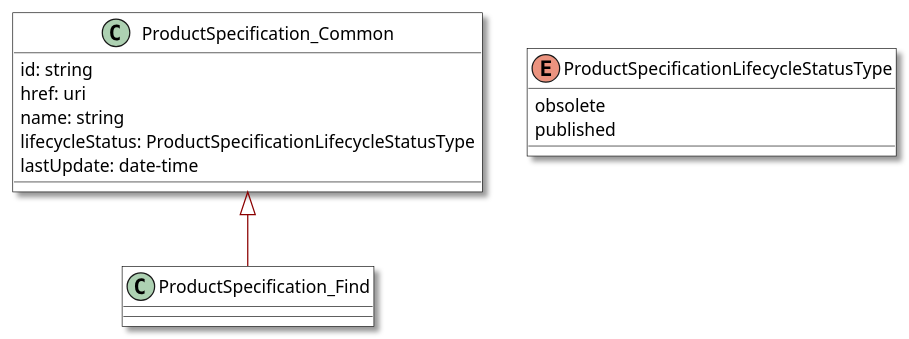
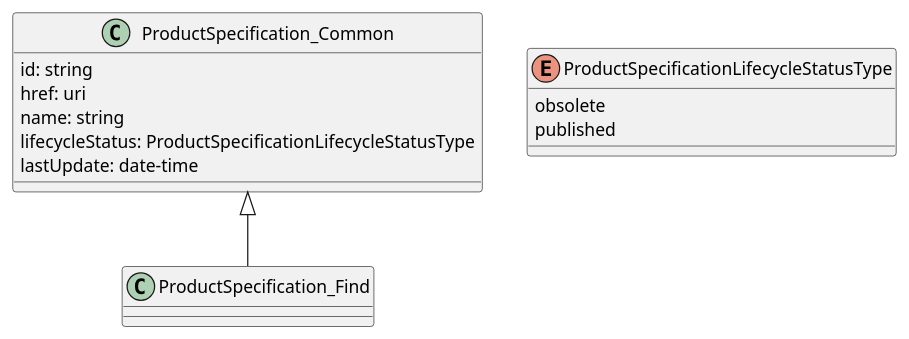
One commit to MEF-GIT/MEF-LSO-Sonata-SDK changed the diagram in documentation/productApi/catalog/media/src/specificationModel_find.puml. Above: the diagram before and after it, drawn with PlantUML. The commit also changed 456 other files, not shown here.

```diff
--- a/documentation/productApi/catalog/media/src/specificationModel_find.puml
+++ b/documentation/productApi/catalog/media/src/specificationModel_find.puml
@@ -1,32 +1,32 @@
 @startuml
-skinparam {
-    ClassBackgroundColor White
-    ClassBorderColor Black
-    shadowing true
-    RoundCorner 0
-    LineColor DarkRed
-    ArrowColor DarkRed
-    ArrowThickness 1
-}
+' skinparam {
+'     ClassBackgroundColor White
+'     ClassBorderColor Black
+'     shadowing true
+'     RoundCorner 0
+'     LineColor DarkRed
+'     ArrowColor DarkRed
+'     ArrowThickness 1
+' }
 
 class ProductSpecification_Common {
 
     id: string
     href: uri
     name: string
     lifecycleStatus: ProductSpecificationLifecycleStatusType
     lastUpdate: date-time
 }
 
 class ProductSpecification_Find {
 
 }
 ProductSpecification_Common <|-- ProductSpecification_Find
 
 enum ProductSpecificationLifecycleStatusType {
 
     obsolete
     published
 }
 
 @enduml
```
